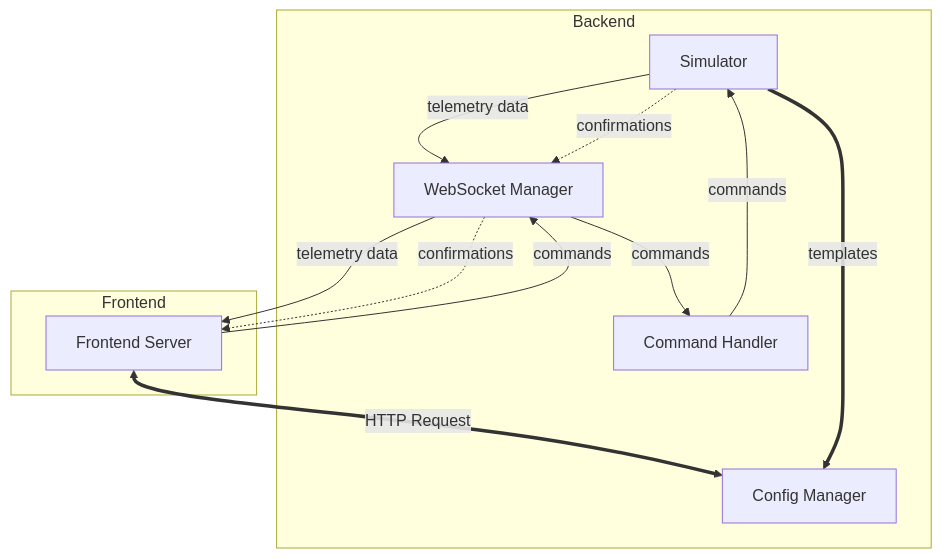
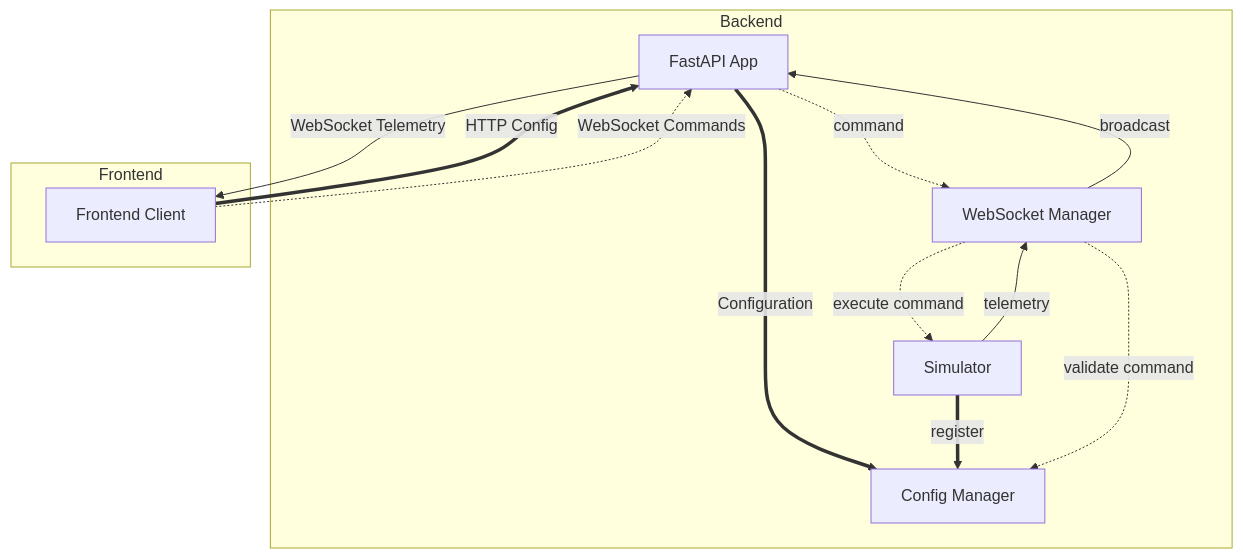
One commit to FoniksFox/Telemetry-App changed the diagram in backend/README.md. Above: the diagram before and after it, drawn with Mermaid. The commit also changed other lines of this file, not shown here.

Commit message:
docs(backend): Update README with Dynamic Configuration Concept and some Architecture Simplifications

````diff
--- a/backend/README.md
+++ b/backend/README.md
@@ -60,31 +53,29 @@
 ```mermaid
 graph TD
-
-    subgraph "Backend"
+    subgraph Backend
+        App[FastAPI App]
+        WS[WebSocket Manager]
+        CM[Config Manager]
         Sim[Simulator]
-        WS[WebSocket Manager]
-        CH[Command Handler]
-        CM[Config Manager]
     end
 
-    subgraph "Frontend"
-        Front[Frontend Server]
+    subgraph Frontend
+        Front[Frontend Client]
     end
   
-    %% Real-time data
-    Sim -->|telemetry data| WS
-    WS -->|telemetry data| Front
+    %% Config Data Flow
+    Front ==>|HTTP Config| App
+    App ==>|Configuration| CM
+    Sim ==>|register| CM
+
+    %% Commands Data Flow
+    App -.->|command| WS
+    Front -.->|WebSocket Commands| App
+    WS -.->|validate command| CM
+    WS -.->|execute command| Sim
   
-    %% Commands
-    Front -->|commands| WS
-    WS -->|commands| CH
-    CH -->|commands| Sim
-  
-    %% Command confirmations (as telemetry)
-    Sim -.->|confirmations| WS
-    WS -.->|confirmations| Front
-  
-    %% Configuration
-    Front <==>|HTTP Request| CM
-    Sim ==>|templates| CM
+    %% Telemetry Data Flow
+    App -->|WebSocket Telemetry| Front
+    Sim -->|telemetry| WS
+    WS -->|broadcast| App
 ```
````
